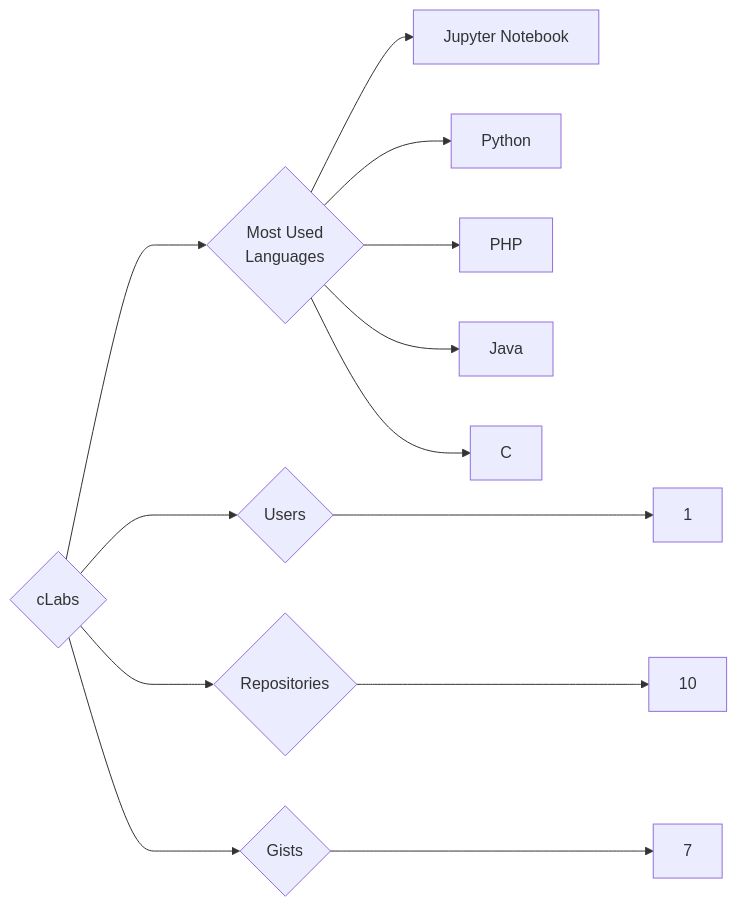
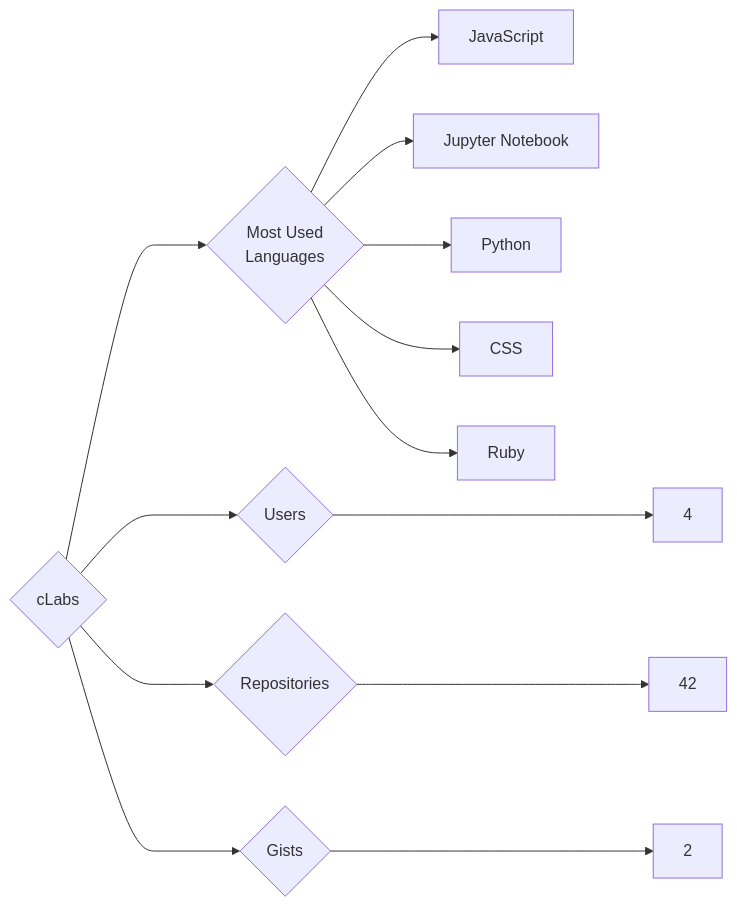
Before and after one commit to trickest/insiders: the diagram in targets/cLabs/README.md, drawn with Mermaid. The commit also changed 993 other files, not shown here.

````diff
--- a/targets/cLabs/README.md
+++ b/targets/cLabs/README.md
@@ -3,13 +3,13 @@
 ```mermaid
 graph LR
 COMPANY_NAME{cLabs}
-COMPANY_NAME ---> U{Users} ---> UN[1]
-COMPANY_NAME ---> R{Repositories} ---> RN[10]
-COMPANY_NAME ---> G{Gists} ---> GN[7]
+COMPANY_NAME ---> U{Users} ---> UN[4]
+COMPANY_NAME ---> R{Repositories} ---> RN[42]
+COMPANY_NAME ---> G{Gists} ---> GN[2]
 COMPANY_NAME ---> ML{Most Used<br>Languages}
+ML --> JavaScript[JavaScript]
 ML --> Jupyter_Notebook[Jupyter Notebook]
 ML --> Python[Python]
-ML --> PHP[PHP]
-ML --> Java[Java]
-ML --> C[C]
+ML --> CSS[CSS]
+ML --> Ruby[Ruby]
 ```
````
